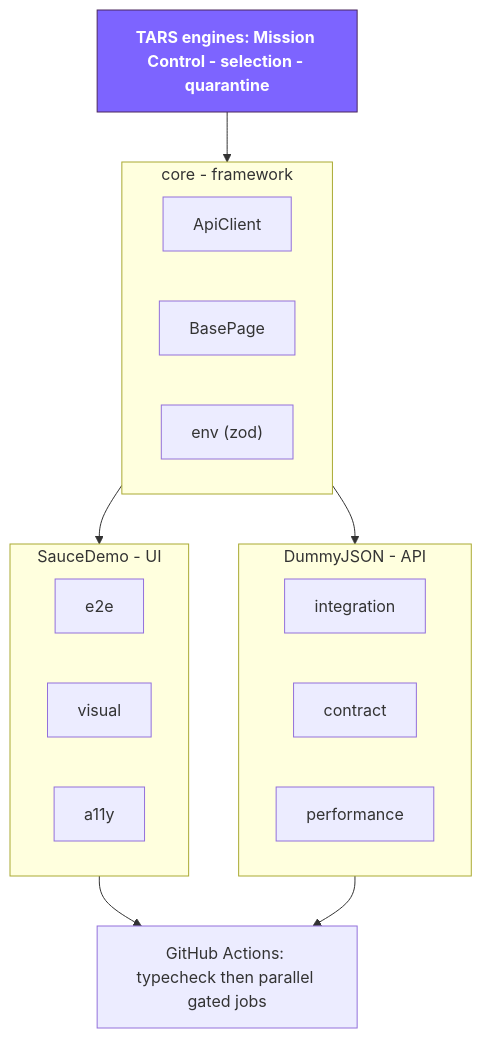
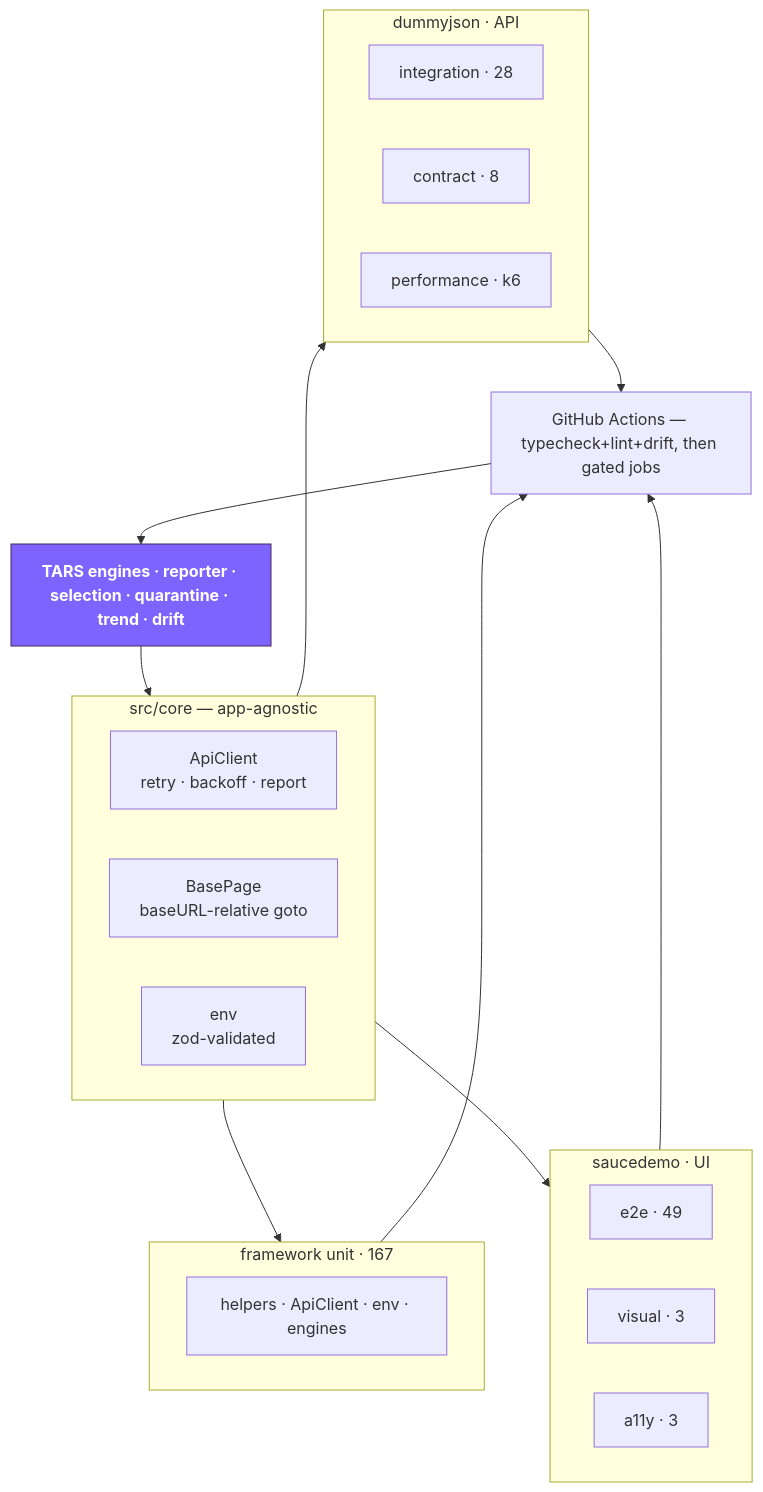
One commit to dev-shubhamsingh/playwright-e2e-framework changed the diagram in README.md. Above: the diagram before and after it, drawn with Mermaid. The commit also changed other lines of this file and 1 other file, not shown here.

````diff
--- a/README.md
+++ b/README.md
@@ -32,23 +130,27 @@
 ```mermaid
 flowchart TD
-    BRAIN["TARS engines: Mission Control - selection - quarantine"]:::brain
-    BRAIN --> CORE
-    subgraph CORE["core - framework"]
-        HTTP["ApiClient"]
-        UI["BasePage"]
-        CFG["env (zod)"]
+    ENG["TARS engines · reporter · selection · quarantine · trend · drift"]:::brain
+    ENG --> CORE
+    subgraph CORE["src/core — app-agnostic"]
+        HTTP["ApiClient<br/>retry · backoff · report"]
+        UI["BasePage<br/>baseURL-relative goto"]
+        CFG["env<br/>zod-validated"]
     end
-    CORE --> SAUCE & DUMMY
-    subgraph SAUCE["SauceDemo - UI"]
-        E2E["e2e"]
-        VIS["visual"]
-        A11Y["a11y"]
+    CORE --> UNIT & SAUCE & DUMMY
+    subgraph UNIT["framework unit · 167"]
+        U["helpers · ApiClient · env · engines"]
     end
-    subgraph DUMMY["DummyJSON - API"]
-        API["integration"]
-        PACT["contract"]
-        PERF["performance"]
+    subgraph SAUCE["saucedemo · UI"]
+        E2E["e2e · 49"]
+        VIS["visual · 3"]
+        A11Y["a11y · 3"]
     end
-    SAUCE & DUMMY --> CI["GitHub Actions: typecheck then parallel gated jobs"]
+    subgraph DUMMY["dummyjson · API"]
+        API["integration · 28"]
+        PACT["contract · 8"]
+        PERF["performance · k6"]
+    end
+    UNIT & SAUCE & DUMMY --> CI["GitHub Actions — typecheck+lint+drift, then gated jobs"]
+    CI --> ENG
     classDef brain fill:#7D64FF,stroke:#4B275F,color:#fff,font-weight:bold;
 ```
````
